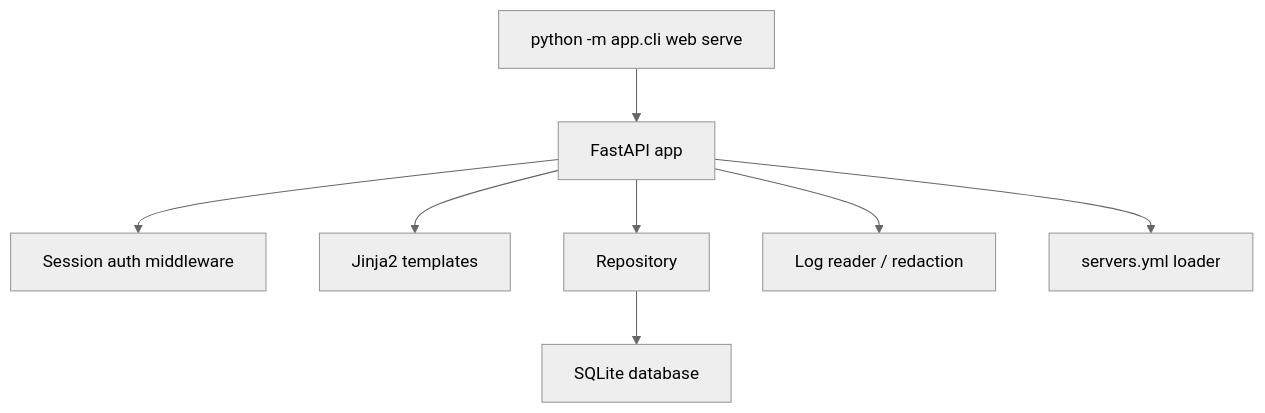
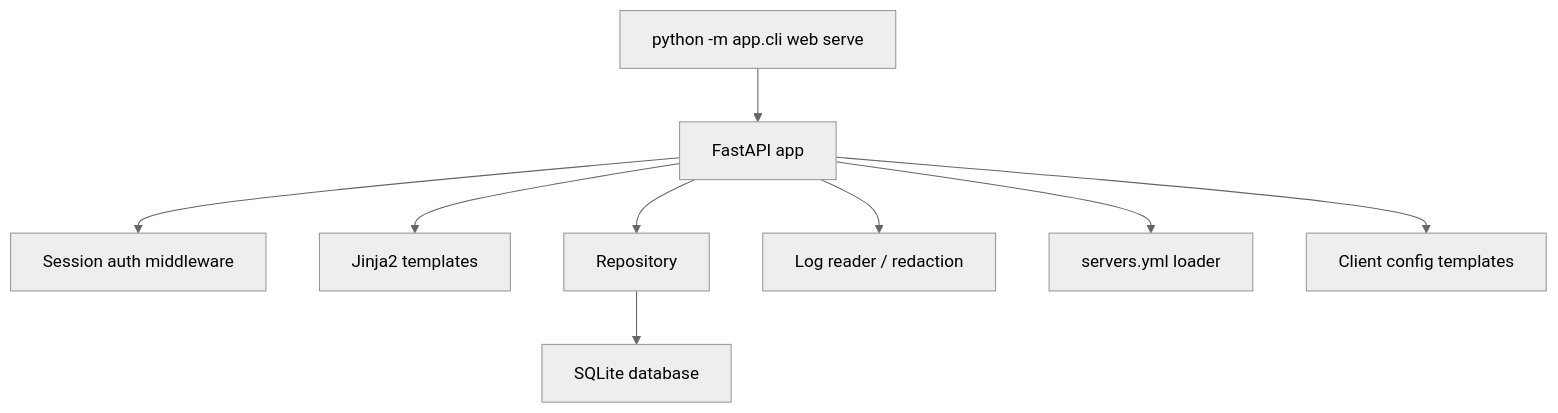
The diagram in docs/superpowers/specs/2026-05-29-web-admin-panel-design.en.md (barakov-dot/amn3), drawn with Mermaid (neutral theme) before and after one commit. The commit also changed other lines of this file and 6 other files, not shown here.

Commit message:
Plan client config templates

````diff
--- a/docs/superpowers/specs/2026-05-29-web-admin-panel-design.en.md
+++ b/docs/superpowers/specs/2026-05-29-web-admin-panel-design.en.md
@@ -45,10 +48,11 @@
 ```mermaid
 flowchart TD
     CLI["python -m app.cli web serve"] --> WebApp["FastAPI app"]
     WebApp --> Auth["Session auth middleware"]
     WebApp --> Templates["Jinja2 templates"]
     WebApp --> Repo["Repository"]
     Repo --> DB["SQLite database"]
     WebApp --> Logs["Log reader / redaction"]
     WebApp --> ServerConfig["servers.yml loader"]
+    WebApp --> ConfigTemplates["Client config templates"]
 ```
````
